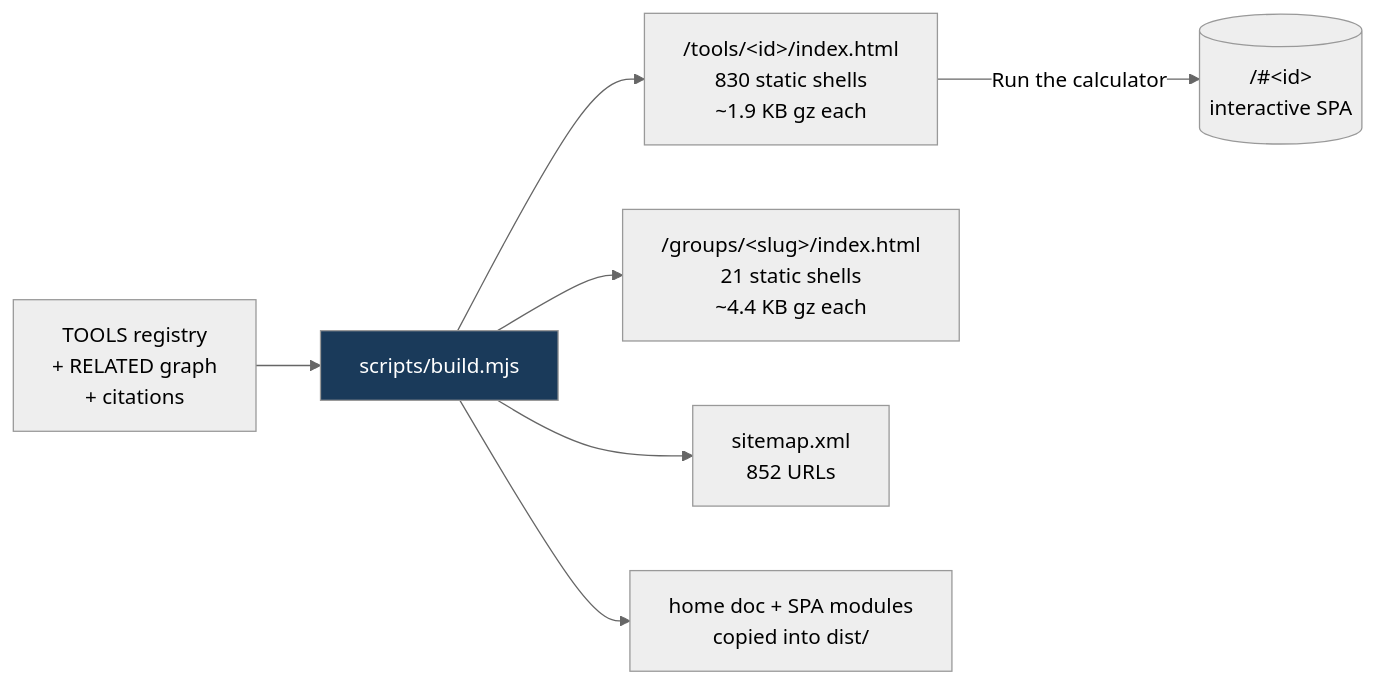
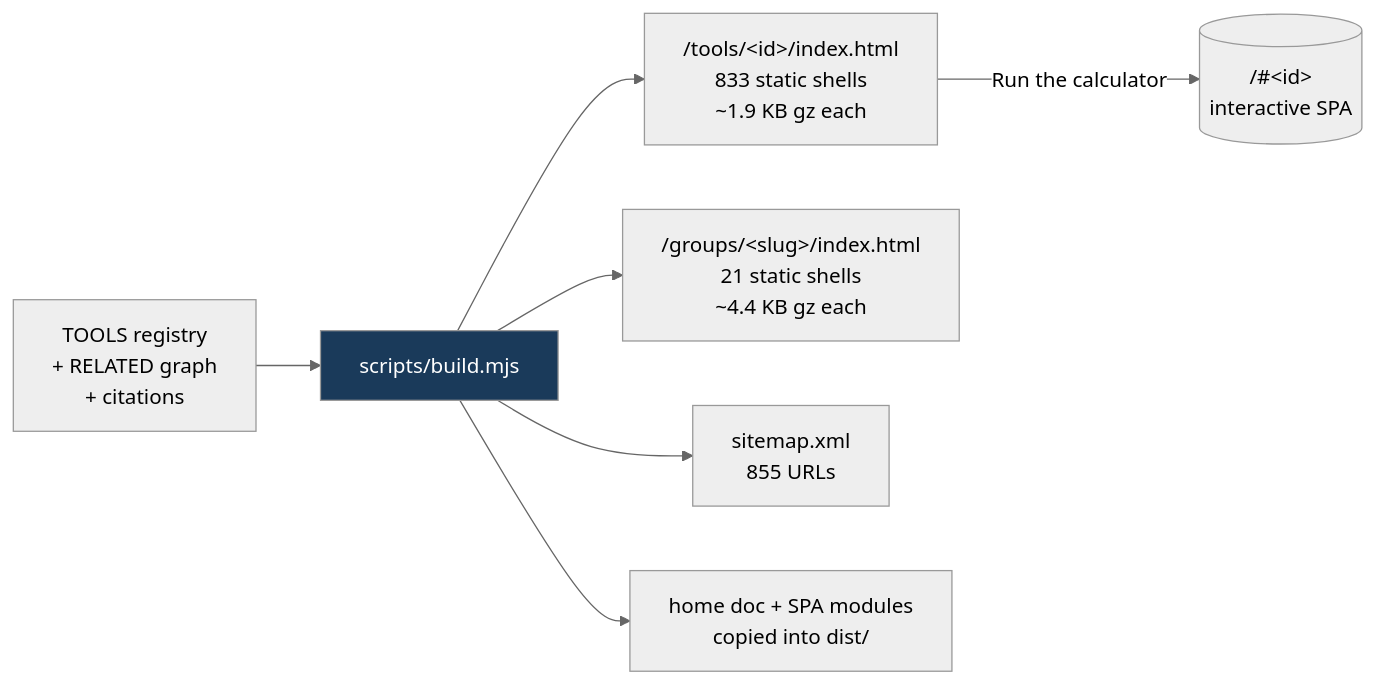
Before and after one commit to clay-good/roughlogic.com: the fifth of 8 diagrams in README.md, drawn with Mermaid (neutral theme). The commit also changed other lines of this file and 20 other files, not shown here.

````diff
--- a/README.md
+++ b/README.md
@@ -495,10 +495,10 @@
 ```mermaid
 flowchart LR
     SRC[TOOLS registry\n+ RELATED graph\n+ citations] --> BUILD[scripts/build.mjs]
-    BUILD --> TILE["/tools/&lt;id&gt;/index.html\n830 static shells\n~1.9 KB gz each"]
+    BUILD --> TILE["/tools/&lt;id&gt;/index.html\n833 static shells\n~1.9 KB gz each"]
     BUILD --> GROUP["/groups/&lt;slug&gt;/index.html\n21 static shells\n~4.4 KB gz each"]
-    BUILD --> MAP["sitemap.xml\n852 URLs"]
+    BUILD --> MAP["sitemap.xml\n855 URLs"]
     BUILD --> COPY[home doc + SPA modules\ncopied into dist/]
     TILE -->|Run the calculator| SPA[("/#&lt;id&gt;\ninteractive SPA")]
     style BUILD fill:#1a3a5a,color:#fff
 ```
````
